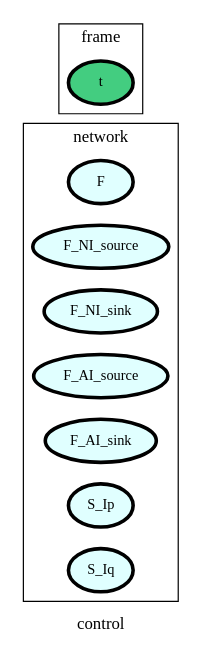
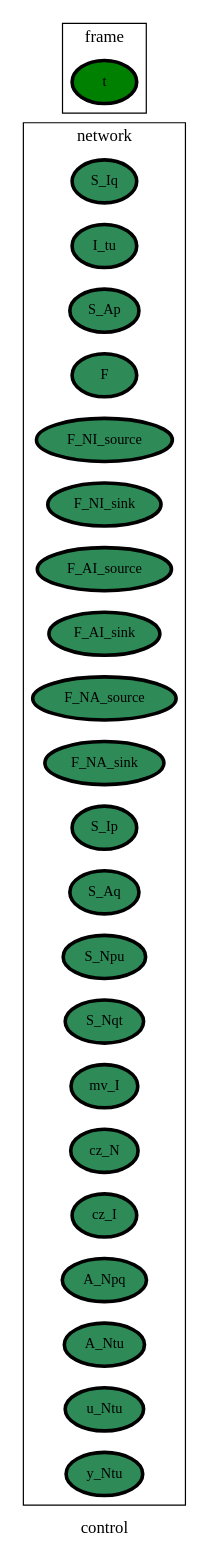
The diagram in packages/Common/RepositoryInfrastructure/ontology_graphs/graph__control.dot (heinz-preisig/ProMo13), drawn with Graphviz before and after one commit. The commit also changed 50 other files, not shown here.

```diff
--- a/packages/Common/RepositoryInfrastructure/ontology_graphs/graph__control.dot
+++ b/packages/Common/RepositoryInfrastructure/ontology_graphs/graph__control.dot
@@ -1,62 +1,71 @@
 digraph control {
 label=control;
 rankdir=LR;
 subgraph cluster_control___dataFlow {
 label=dataFlow;
 rankdir=LR;
 }
 
 subgraph cluster_control___input {
 label=input;
 rankdir=LR;
 }
 
 subgraph cluster_control___output {
 label=output;
 rankdir=LR;
 }
 
 subgraph cluster_control___network {
 label=network;
 rankdir=LR;
-V_2 [fillcolor=lightcyan1, fontsize=12, label=F, penwidth=3, style=filled];
-V_3 [fillcolor=lightcyan1, fontsize=12, label=F_NI_source, penwidth=3, style=filled];
-V_4 [fillcolor=lightcyan1, fontsize=12, label=F_NI_sink, penwidth=3, style=filled];
-V_5 [fillcolor=lightcyan1, fontsize=12, label=F_AI_source, penwidth=3, style=filled];
-V_6 [fillcolor=lightcyan1, fontsize=12, label=F_AI_sink, penwidth=3, style=filled];
-V_7 [fillcolor=lightcyan1, fontsize=12, label=S_Ip, penwidth=3, style=filled];
-V_8 [fillcolor=lightcyan1, fontsize=12, label=S_Iq, penwidth=3, style=filled];
-}
-
-subgraph cluster_control___localIndex {
-label=localIndex;
-rankdir=LR;
+V_10 [fillcolor=seagreen, fontsize=12, label=S_Iq, penwidth=3, style=filled];
+V_11 [fillcolor=seagreen, fontsize=12, label=I_tu, penwidth=3, style=filled];
+V_12 [fillcolor=seagreen, fontsize=12, label=S_Ap, penwidth=3, style=filled];
+V_2 [fillcolor=seagreen, fontsize=12, label=F, penwidth=3, style=filled];
+V_3 [fillcolor=seagreen, fontsize=12, label=F_NI_source, penwidth=3, style=filled];
+V_4 [fillcolor=seagreen, fontsize=12, label=F_NI_sink, penwidth=3, style=filled];
+V_5 [fillcolor=seagreen, fontsize=12, label=F_AI_source, penwidth=3, style=filled];
+V_6 [fillcolor=seagreen, fontsize=12, label=F_AI_sink, penwidth=3, style=filled];
+V_7 [fillcolor=seagreen, fontsize=12, label=F_NA_source, penwidth=3, style=filled];
+V_8 [fillcolor=seagreen, fontsize=12, label=F_NA_sink, penwidth=3, style=filled];
+V_9 [fillcolor=seagreen, fontsize=12, label=S_Ip, penwidth=3, style=filled];
+V_13 [fillcolor=seagreen, fontsize=12, label=S_Aq, penwidth=3, style=filled];
+V_14 [fillcolor=seagreen, fontsize=12, label=S_Npu, penwidth=3, style=filled];
+V_15 [fillcolor=seagreen, fontsize=12, label=S_Nqt, penwidth=3, style=filled];
+V_16 [fillcolor=seagreen, fontsize=12, label=mv_I, penwidth=3, style=filled];
+V_17 [fillcolor=seagreen, fontsize=12, label=cz_N, penwidth=3, style=filled];
+V_18 [fillcolor=seagreen, fontsize=12, label=cz_I, penwidth=3, style=filled];
+V_19 [fillcolor=seagreen, fontsize=12, label=A_Npq, penwidth=3, style=filled];
+V_20 [fillcolor=seagreen, fontsize=12, label=A_Ntu, penwidth=3, style=filled];
+V_21 [fillcolor=seagreen, fontsize=12, label=u_Ntu, penwidth=3, style=filled];
+V_22 [fillcolor=seagreen, fontsize=12, label=y_Ntu, penwidth=3, style=filled];
 }
 
 subgraph cluster_control___frame {
 label=frame;
 rankdir=LR;
-V_1 [fillcolor=seagreen3, fontsize=12, label=t, penwidth=3, style=filled];
+V_1 [fillcolor=green, fontsize=12, label=t, penwidth=3, style=filled];
 }
 
 subgraph cluster_control___state {
 label=state;
 rankdir=LR;
 }
 
 subgraph cluster_control___constant {
 label=constant;
 rankdir=LR;
 }
 
 subgraph cluster_control___diffState {
 label=diffState;
 rankdir=LR;
 }
 
 subgraph cluster_control___algebraic {
 label=algebraic;
 rankdir=LR;
 }
 
 }
```
